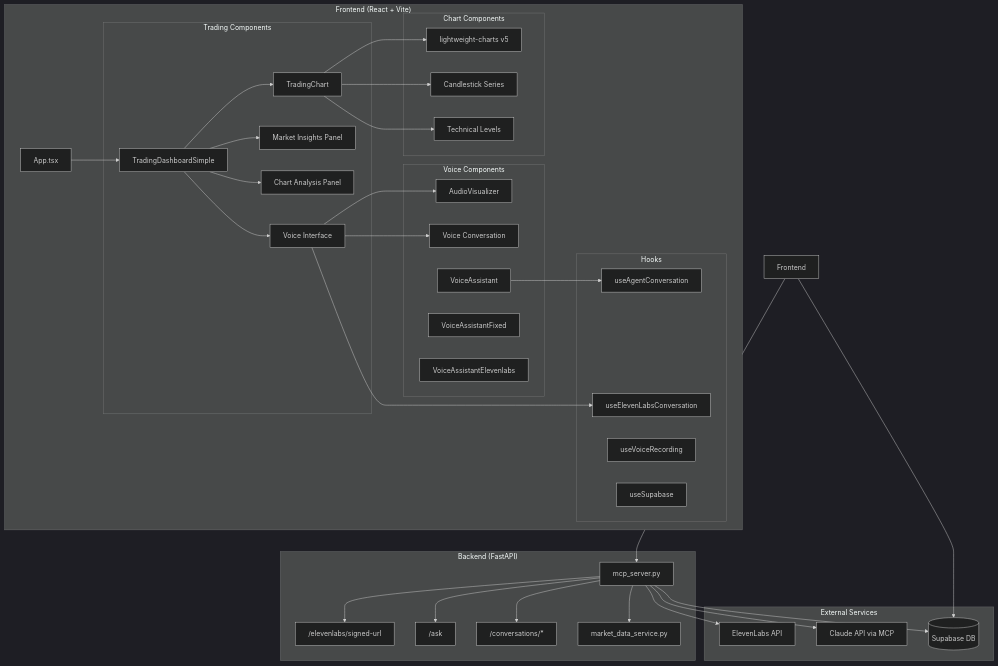
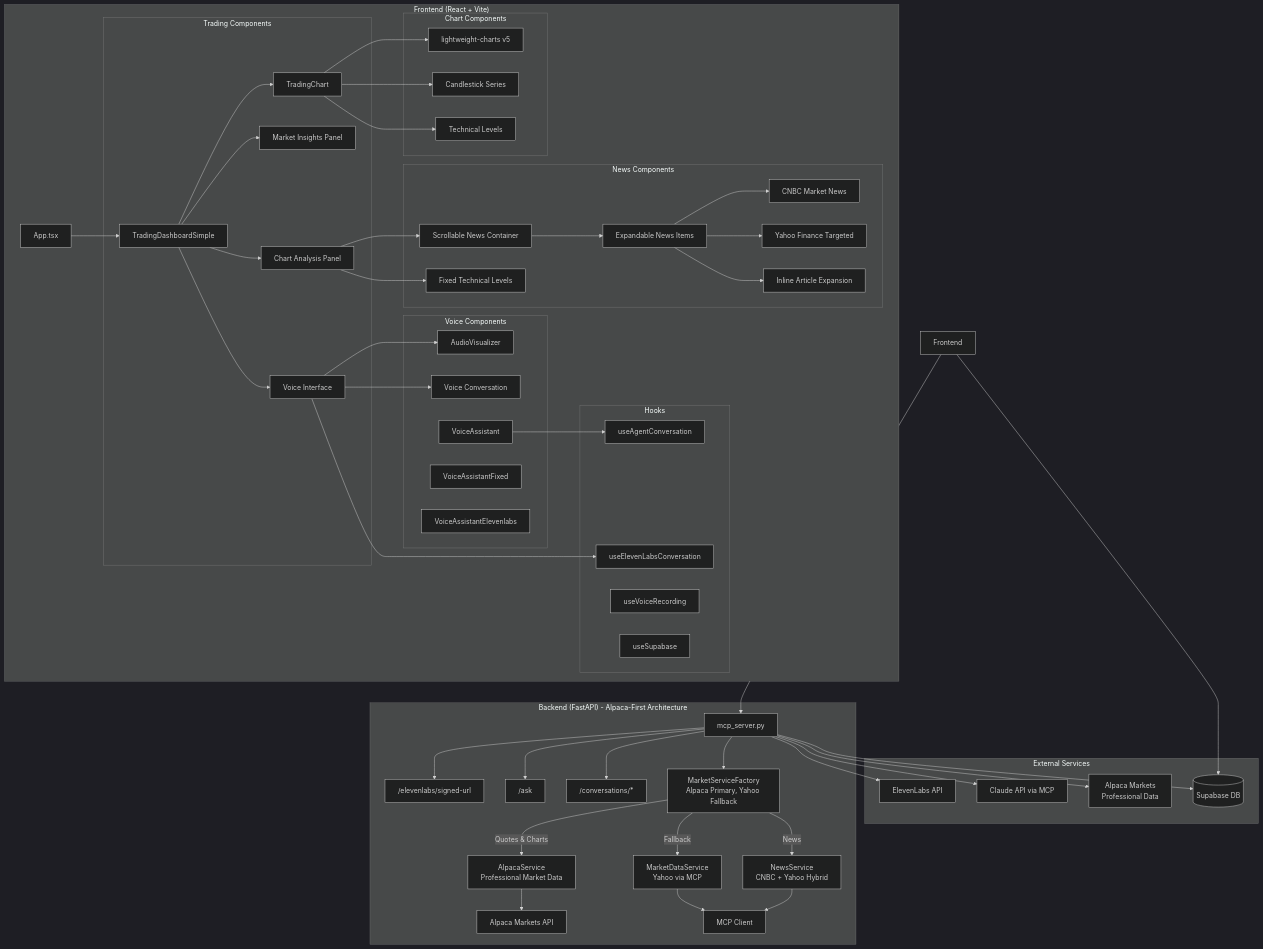
Before and after one commit to ChipsMetaverse/gvses-market-insights: the first of 27 diagrams in mermaid.md, drawn with Mermaid (dark theme). The commit also changed other lines of this file and 40 other files, not shown here.

First line of the commit message:
Integrate Alpaca Markets as primary data source with Yahoo fallback

````diff
--- a/mermaid.md
+++ b/mermaid.md
@@ -5,58 +5,77 @@
 ```mermaid
 graph TB
     subgraph "Frontend (React + Vite)"
         App[App.tsx]
         App --> TradingDashboardSimple[TradingDashboardSimple]
         
         subgraph "Trading Components"
             TradingDashboardSimple --> TradingChart[TradingChart]
             TradingDashboardSimple --> MarketInsights[Market Insights Panel]
             TradingDashboardSimple --> ChartAnalysis[Chart Analysis Panel]
             TradingDashboardSimple --> VoiceInterface[Voice Interface]
         end
         
         subgraph "Voice Components"
             VoiceInterface --> AudioVisualizer[AudioVisualizer]
             VoiceInterface --> VoiceConversation[Voice Conversation]
             VoiceAssistantFixed[VoiceAssistantFixed]
             VoiceAssistant[VoiceAssistant]
             VoiceAssistantElevenlabs[VoiceAssistantElevenlabs]
         end
         
         subgraph "Chart Components"
             TradingChart --> LightweightCharts[lightweight-charts v5]
             TradingChart --> CandlestickSeries[Candlestick Series]
             TradingChart --> TechnicalLevels[Technical Levels]
         end
         
+        subgraph "News Components"
+            ChartAnalysis[Chart Analysis Panel] --> ScrollableContainer[Scrollable News Container]
+            ScrollableContainer --> ExpandableNews[Expandable News Items]
+            ExpandableNews --> CNBCNews[CNBC Market News]
+            ExpandableNews --> YahooNews[Yahoo Finance Targeted]
+            ExpandableNews --> InlineExpansion[Inline Article Expansion]
+            ChartAnalysis --> FixedTechnicals[Fixed Technical Levels]
+        end
+        
         subgraph "Hooks"
             useElevenLabsConversation[useElevenLabsConversation]
             useAgentConversation[useAgentConversation]
             useVoiceRecording[useVoiceRecording]
             useSupabase[useSupabase]
         end
         
         VoiceInterface --> useElevenLabsConversation
         VoiceAssistant --> useAgentConversation
     end
     
-    subgraph "Backend (FastAPI)"
+    subgraph "Backend (FastAPI) - Alpaca-First Architecture"
         FastAPI[mcp_server.py]
         FastAPI --> ElevenLabsProxy["/elevenlabs/signed-url"]
         FastAPI --> AskEndpoint["/ask"]
         FastAPI --> ConversationsAPI["/conversations/*"]
-        FastAPI --> MarketDataService[market_data_service.py]
+        FastAPI --> ServiceFactory[MarketServiceFactory<br/>Alpaca Primary, Yahoo Fallback]
+        
+        ServiceFactory -->|Quotes & Charts| AlpacaService[AlpacaService<br/>Professional Market Data]
+        ServiceFactory -->|Fallback| MCPService[MarketDataService<br/>Yahoo via MCP]
+        ServiceFactory -->|News| NewsService[NewsService<br/>CNBC + Yahoo Hybrid]
+        
+        AlpacaService --> AlpacaAPI[Alpaca Markets API]
+        MCPService --> MCPClient[MCP Client]
+        NewsService --> MCPClient
     end
     
     subgraph "External Services"
         ElevenLabs[ElevenLabs API]
         Claude[Claude API via MCP]
         Supabase[(Supabase DB)]
+        AlpacaMarkets[Alpaca Markets<br/>Professional Data]
     end
     
     Frontend --> FastAPI
     FastAPI --> ElevenLabs
     FastAPI --> Claude
+    FastAPI --> AlpacaMarkets
     Frontend --> Supabase
     FastAPI --> Supabase
 ```
````
